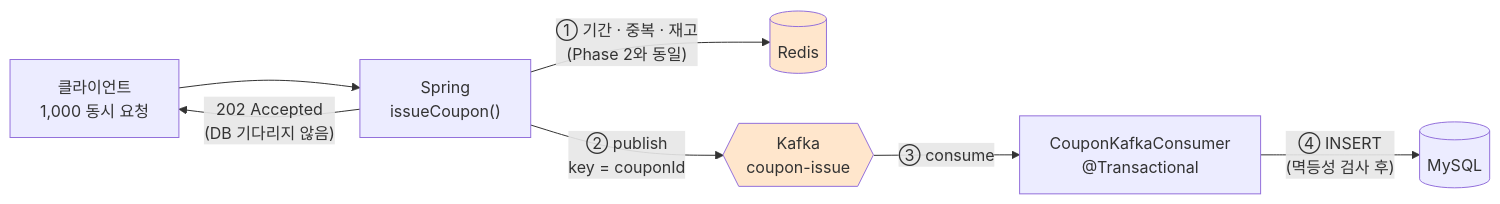
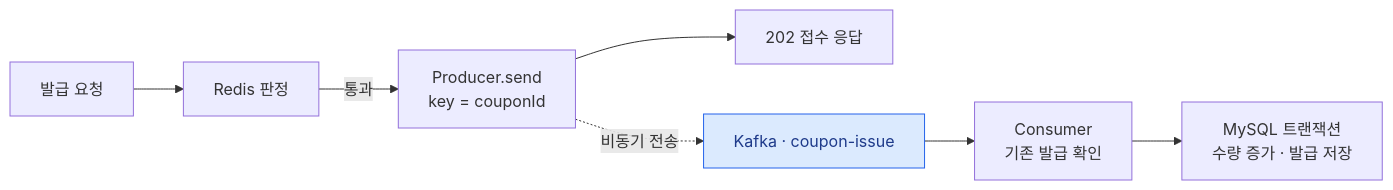
One commit to joejaeyoung/Project-coupon_rush changed the third of 3 diagrams in README.md. Above: the diagram before and after it, drawn with Mermaid. The commit also changed other lines of this file and 4 other files, not shown here.

Commit message:
docs: improve README with architecture and benchmark context

````diff
--- a/README.md
+++ b/README.md
@@ -98,11 +99,10 @@
 ```mermaid
 flowchart LR
-  C["클라이언트<br/>1,000 동시 요청"] --> A["Spring<br/>issueCoupon()"]
-  A -->|"① 기간 · 중복 · 재고<br/>(Phase 2와 동일)"| R[("Redis")]
-  A -->|"② publish<br/>key = couponId"| K{{"Kafka<br/>coupon-issue"}}
-  A -->|"202 Accepted<br/>(DB 기다리지 않음)"| C
-  K -->|"③ consume"| CS["CouponKafkaConsumer<br/>@Transactional"]
-  CS -->|"④ INSERT<br/>(멱등성 검사 후)"| DB[("MySQL")]
-  style R fill:#ffe6cc
-  style K fill:#ffe6cc
+    A["발급 요청"] --> B["Redis 판정"]
+    B -->|"통과"| P["Producer.send<br/>key = couponId"]
+    P --> R["202 접수 응답"]
+    P -.->|"비동기 전송"| K["Kafka · coupon-issue"]
+    K --> C["Consumer<br/>기존 발급 확인"]
+    C --> D["MySQL 트랜잭션<br/>수량 증가 · 발급 저장"]
+    style K fill:#dbeafe,stroke:#2563eb,color:#1e3a8a
 ```
````
